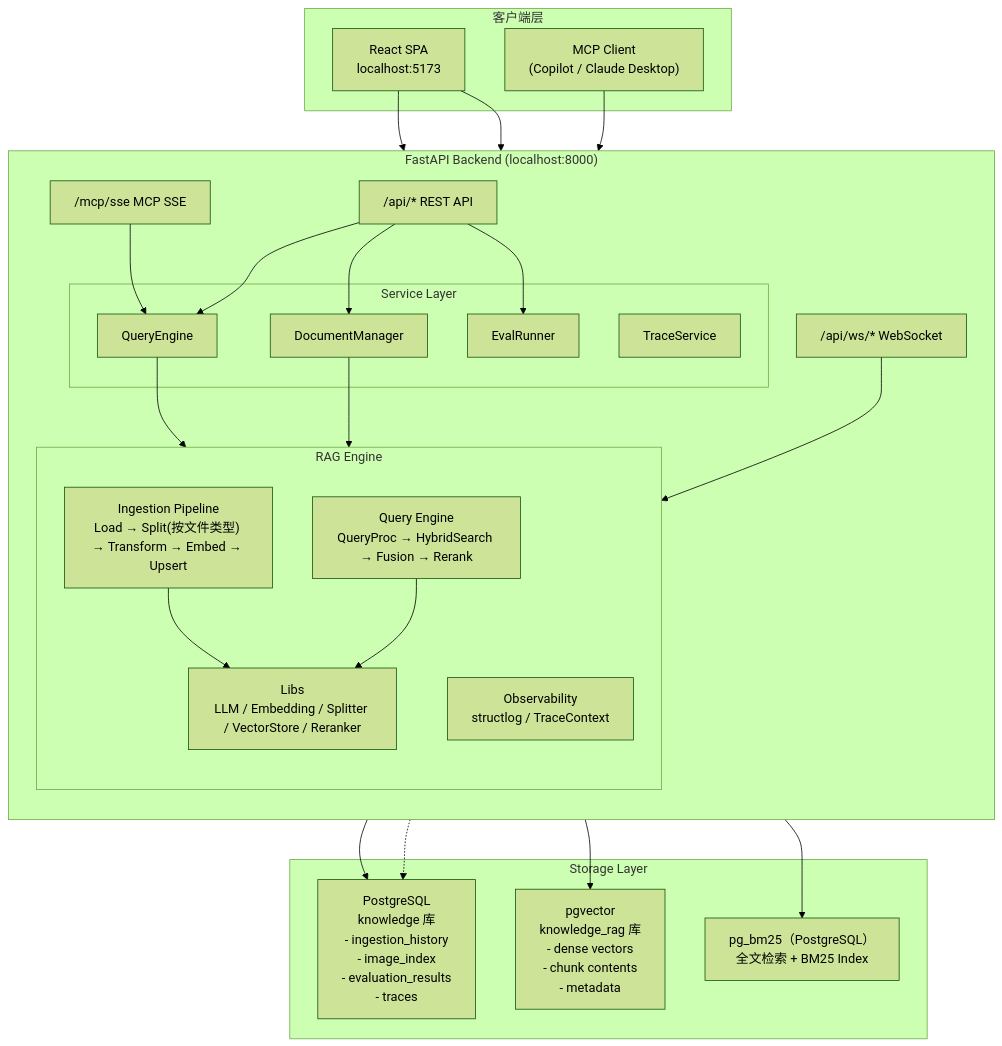
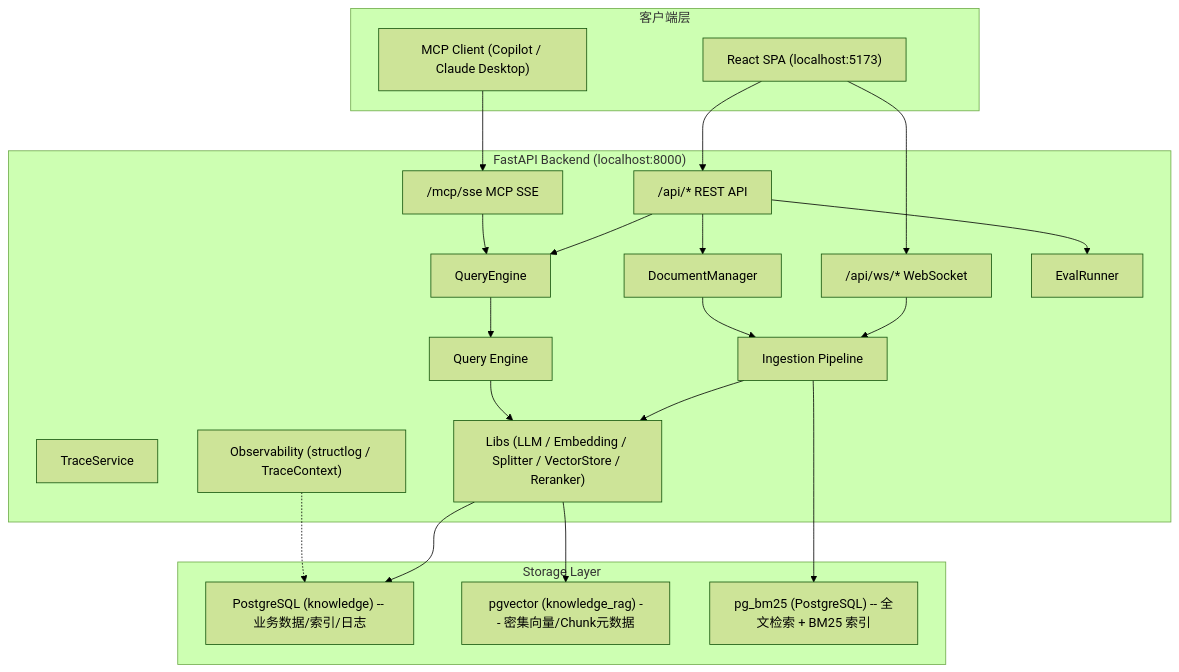
Before and after one commit to vic-ai-dev/knowledge-service: the tenth of 13 diagrams in DEV_SPEC.md, drawn with Mermaid (forest theme). The commit also changed other lines of this file and 2 other files, not shown here.

First line of the commit message:
feat(observability): refactor structlog with BracketConsoleRenderer and Spring-style logger name

````diff
--- a/DEV_SPEC.md
+++ b/DEV_SPEC.md
@@ -1042,52 +1042,44 @@
 ```mermaid
-flowchart TB
+graph TB
     subgraph Clients["客户端层"]
-        REACT["React SPA<br/>localhost:5173"]
-        MCPC["MCP Client<br/>(Copilot / Claude Desktop)"]
+        REACT["React SPA (localhost:5173)"]
+        MCPC["MCP Client (Copilot / Claude Desktop)"]
     end
 
-    subgraph FastAPI["FastAPI Backend (localhost:8000)"]
-        direction TB
+    subgraph BE["FastAPI Backend (localhost:8000)"]
         API["/api/* REST API"]
         MCP_SSE["/mcp/sse MCP SSE"]
         WS_CH["/api/ws/* WebSocket"]
-
-        subgraph Service["Service Layer"]
-            DM["DocumentManager"]
-            QE["QueryEngine"]
-            ER["EvalRunner"]
-            TS["TraceService"]
-        end
-
-        subgraph RAG["RAG Engine"]
-            direction TB
-            ING["Ingestion Pipeline<br/>Load → Split(按文件类型) → Transform → Embed → Upsert"]
-            QRY["Query Engine<br/>QueryProc → HybridSearch → Fusion → Rerank"]
-            LIBS["Libs<br/>LLM / Embedding / Splitter / VectorStore / Reranker"]
-            OBS["Observability<br/>structlog / TraceContext"]
-        end
+        DM["DocumentManager"]
+        QE["QueryEngine"]
+        ER["EvalRunner"]
+        TS["TraceService"]
+        ING["Ingestion Pipeline"]
+        QRY["Query Engine"]
+        LIBS["Libs (LLM / Embedding / Splitter / VectorStore / Reranker)"]
+        OBS["Observability (structlog / TraceContext)"]
     end
 
     subgraph Storage["Storage Layer"]
-        PG["PostgreSQL<br/>knowledge 库<br/>- ingestion_history<br/>- image_index<br/>- evaluation_results<br/>- traces"]
-        PGV["pgvector<br/>knowledge_rag 库<br/>- dense vectors<br/>- chunk contents<br/>- metadata"]
-        BM25["pg_bm25（PostgreSQL）<br/>全文检索 + BM25 Index"]
+        PG["PostgreSQL (knowledge) -- 业务数据/索引/日志"]
+        PGV["pgvector (knowledge_rag) -- 密集向量/Chunk元数据"]
+        BM25["pg_bm25 (PostgreSQL) -- 全文检索 + BM25 索引"]
     end
 
     REACT --> API
     REACT --> WS_CH
     MCPC --> MCP_SSE
     API --> DM
     API --> QE
     API --> ER
     MCP_SSE --> QE
     WS_CH --> ING
     DM --> ING
     QE --> QRY
     ING --> LIBS
     QRY --> LIBS
     LIBS --> PG
     LIBS --> PGV
     ING --> BM25
     OBS -.-> PG
 ```
````
